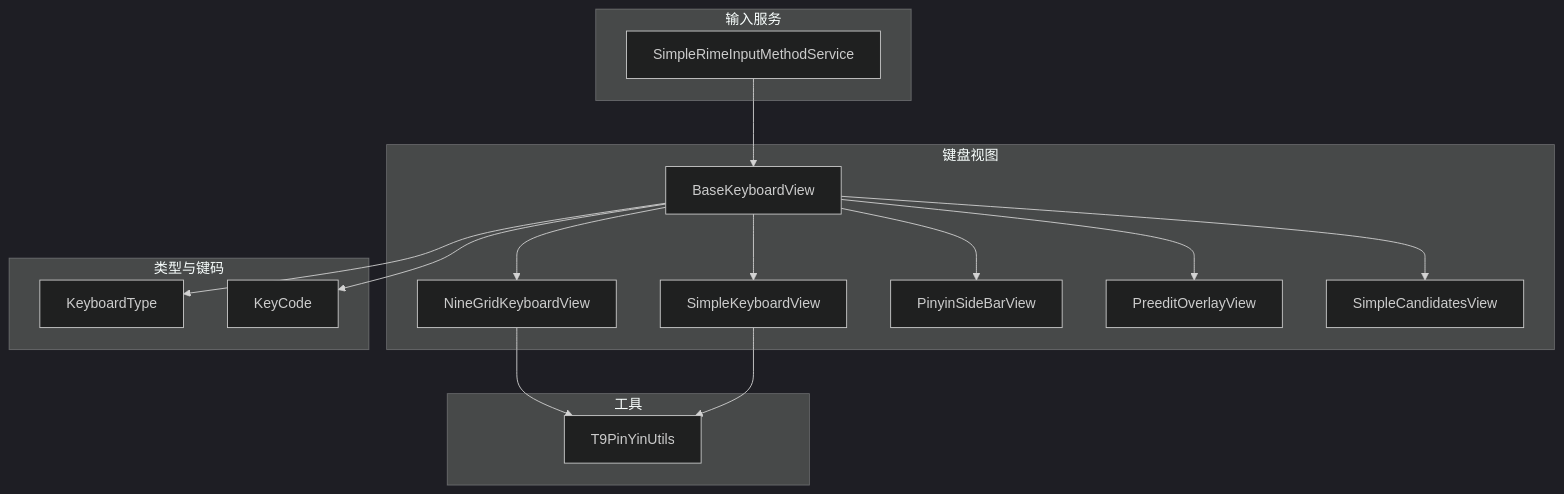
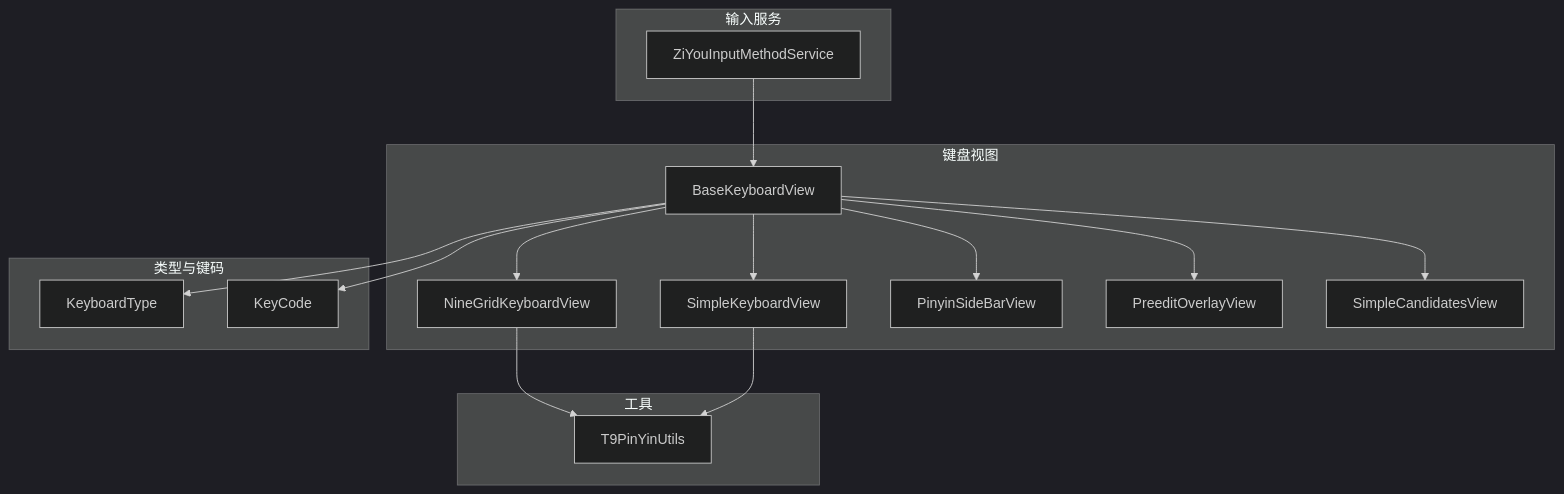
The first of 10 diagrams in .qoder/repowiki/zh/content/键盘实现/键盘实现.md (qiaodashaoye/ziyou-ime), drawn with Mermaid (dark theme) before and after one commit. The commit also changed other lines of this file and 28 other files, not shown here.

````diff
--- a/.qoder/repowiki/zh/content/键盘实现/键盘实现.md
+++ b/.qoder/repowiki/zh/content/键盘实现/键盘实现.md
@@ -35,31 +45,31 @@
 ```mermaid
 graph TB
 subgraph "输入服务"
-IME["SimpleRimeInputMethodService"]
+IME["ZiYouInputMethodService"]
 end
 subgraph "键盘视图"
 BKV["BaseKeyboardView"]
 NGV["NineGridKeyboardView"]
 SKV["SimpleKeyboardView"]
 PSB["PinyinSideBarView"]
 POV["PreeditOverlayView"]
 SCV["SimpleCandidatesView"]
 end
 subgraph "类型与键码"
 KT["KeyboardType"]
 KC["KeyCode"]
 end
 subgraph "工具"
 T9["T9PinYinUtils"]
 end
 IME --> BKV
 BKV --> NGV
 BKV --> SKV
 BKV --> PSB
 BKV --> POV
 BKV --> SCV
 NGV --> T9
 SKV --> T9
 BKV --> KT
 BKV --> KC
 ```
````
